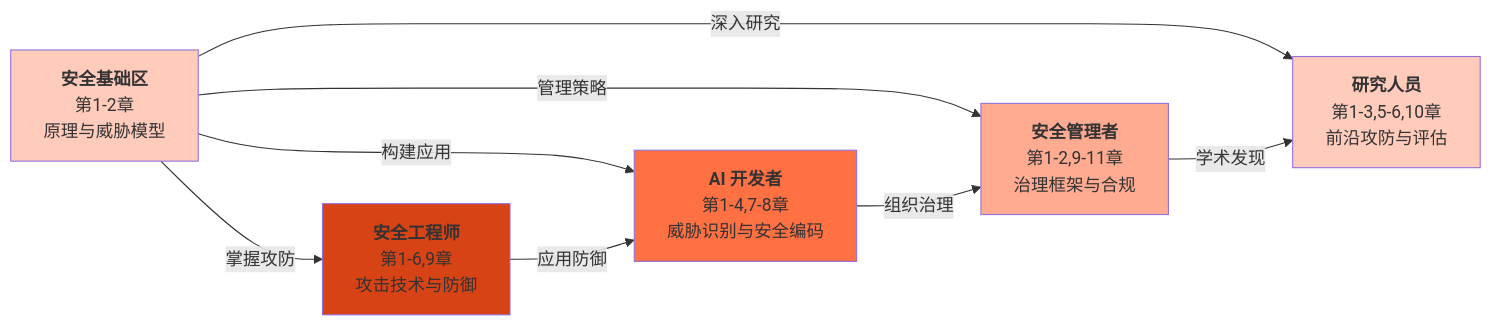
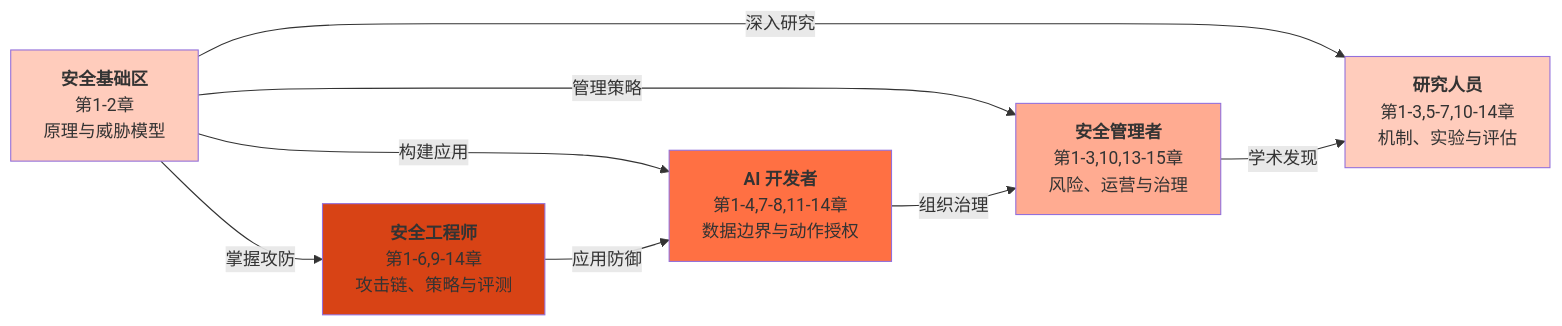
The diagram in README.md (yeasy/ai_security_guide), drawn with Mermaid before and after one commit. The commit also changed other lines of this file and 64 other files, not shown here.

````diff
--- a/README.md
+++ b/README.md
@@ -98,16 +98,16 @@
 ```mermaid
 graph LR
-    A["<b>安全基础区</b><br/>第1-2章<br/>原理与威胁模型"] -->|掌握攻防| B["<b>安全工程师</b><br/>第1-6,9章<br/>攻击技术与防御"]
-    A -->|构建应用| C["<b>AI 开发者</b><br/>第1-4,7-8章<br/>威胁识别与安全编码"]
-    A -->|管理策略| D["<b>安全管理者</b><br/>第1-2,9-11章<br/>治理框架与合规"]
-    A -->|深入研究| E["<b>研究人员</b><br/>第1-3,5-6,10章<br/>前沿攻防与评估"]
+    A["<b>安全基础区</b><br/>第1-2章<br/>原理与威胁模型"] -->|掌握攻防| B["<b>安全工程师</b><br/>第1-6,9-14章<br/>攻击链、策略与评测"]
+    A -->|构建应用| C["<b>AI 开发者</b><br/>第1-4,7-8,11-14章<br/>数据边界与动作授权"]
+    A -->|管理策略| D["<b>安全管理者</b><br/>第1-3,10,13-15章<br/>风险、运营与治理"]
+    A -->|深入研究| E["<b>研究人员</b><br/>第1-3,5-7,10-14章<br/>机制、实验与评估"]
     B -->|应用防御| C
     C -->|组织治理| D
     D -->|学术发现| E
 
     style A fill:#ffccbc
     style B fill:#d84315
     style C fill:#ff7043
     style D fill:#ffab91
     style E fill:#ffccbc
 ```
````
